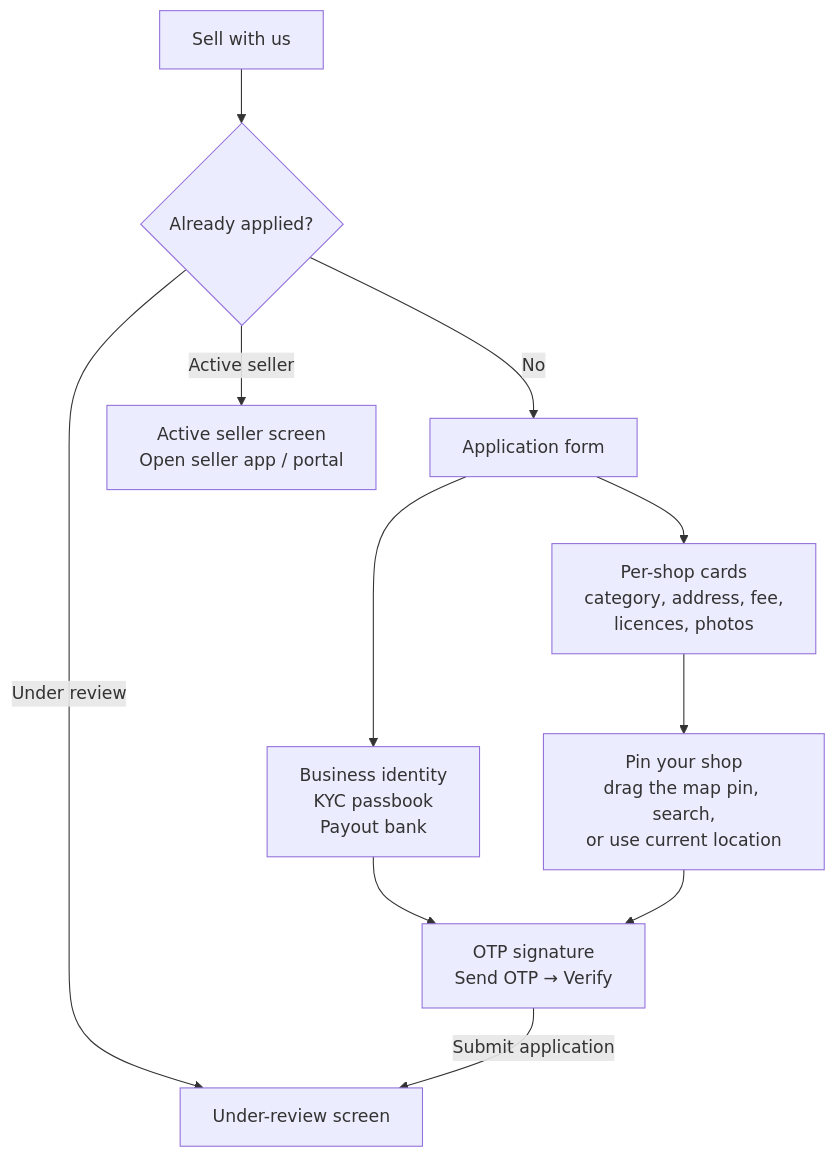
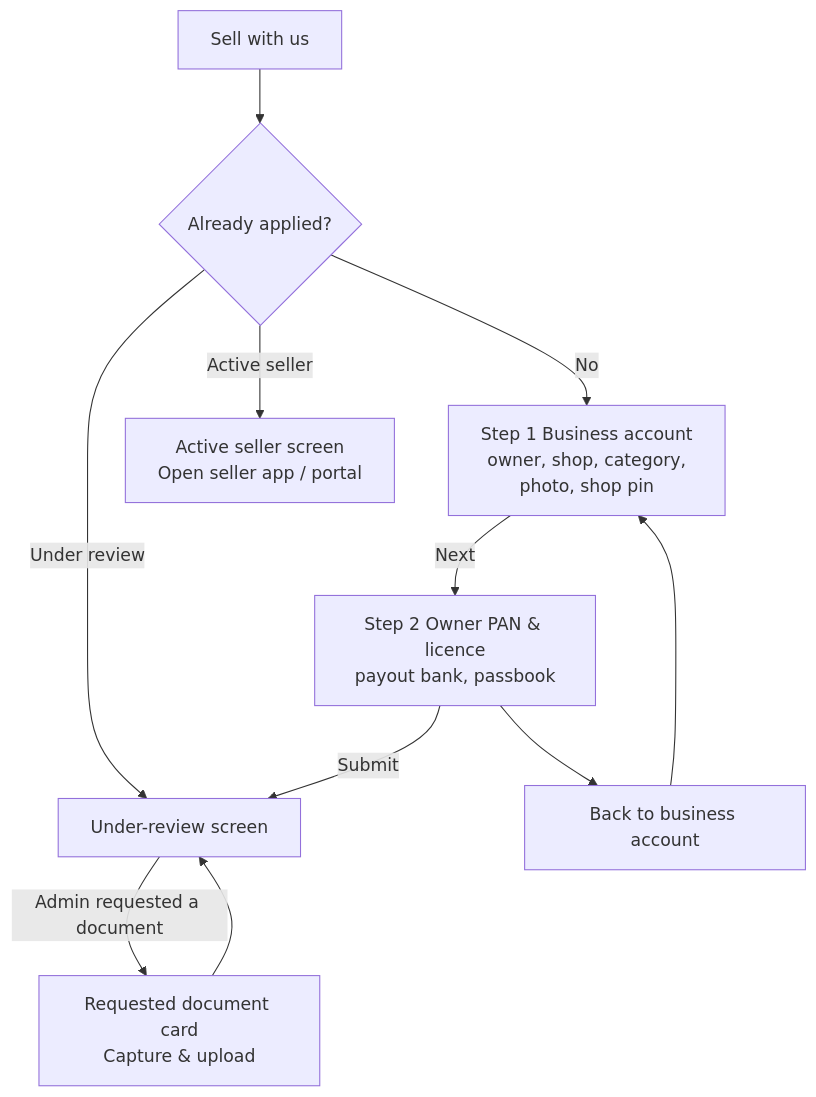
Before and after one commit to faazio-official/faazio-workspace: diagram 14 of 24 in docs/FAAZIO_USER_FLOW_GUIDE.md, drawn with Mermaid. The commit also changed other lines of this file and 12 other files, not shown here.

First line of the commit message:
feat(sellers): admin-requested KYC document re-upload

````diff
--- a/docs/FAAZIO_USER_FLOW_GUIDE.md
+++ b/docs/FAAZIO_USER_FLOW_GUIDE.md
@@ -760,13 +764,13 @@
 ```mermaid
 flowchart TD
   START["Sell with us"] --> STATUS{"Already applied?"}
-  STATUS -->|"No"| FORM["Application form"]
+  STATUS -->|"No"| STEP1["Step 1 Business account<br/>owner, shop, category,<br/>photo, shop pin"]
   STATUS -->|"Under review"| REVIEW["Under-review screen"]
   STATUS -->|"Active seller"| ACTIVE["Active seller screen<br/>Open seller app / portal"]
-  FORM --> SECTIONS["Business identity<br/>KYC passbook<br/>Payout bank"]
-  FORM --> SHOPS["Per-shop cards<br/>category, address, fee,<br/>licences, photos"]
-  SHOPS --> PIN["Pin your shop<br/>drag the map pin, search,<br/>or use current location"]
-  SECTIONS --> SIGN["OTP signature<br/>Send OTP → Verify"]
-  PIN --> SIGN
-  SIGN -->|"Submit application"| REVIEW
+  STEP1 -->|"Next"| STEP2["Step 2 Owner PAN & licence<br/>payout bank, passbook"]
+  STEP2 --> BACK["Back to business account"]
+  BACK --> STEP1
+  STEP2 -->|"Submit"| REVIEW
+  REVIEW -->|"Admin requested a document"| DOCREQ["Requested document card<br/>Capture & upload"]
+  DOCREQ --> REVIEW
 ```
````
